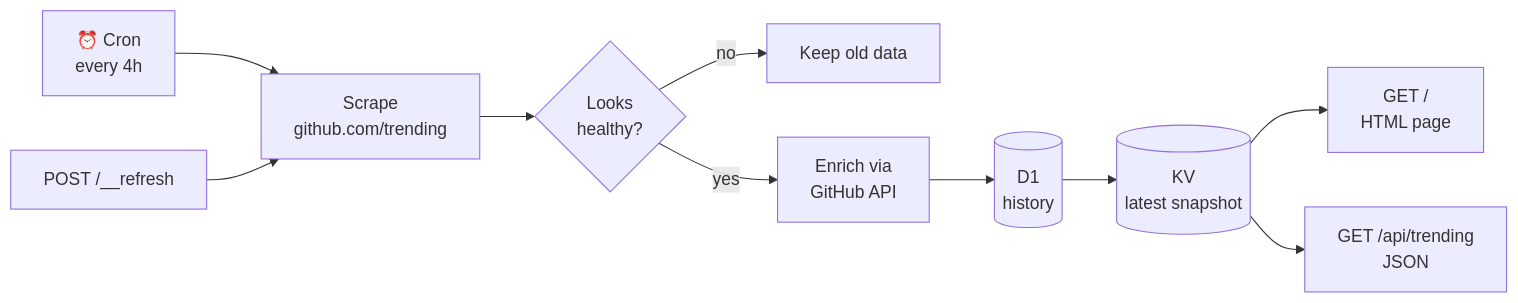
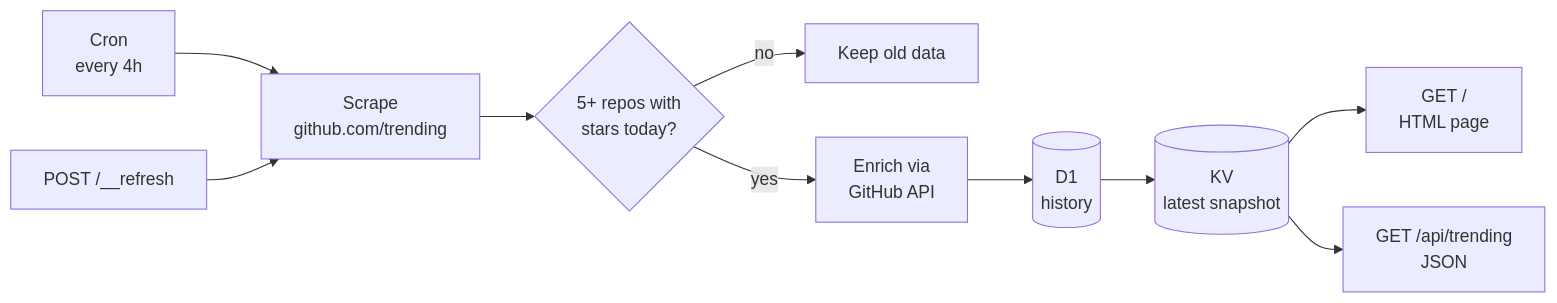
One commit to forjd/trending-repos changed the diagram in README.md. Above: the diagram before and after it, drawn with Mermaid. The commit also changed other lines of this file, not shown here.

````diff
--- a/README.md
+++ b/README.md
@@ -32,12 +27,12 @@
 ```mermaid
 flowchart LR
-    cron["⏰ Cron<br/>every 4h"] --> scrape
+    cron["Cron<br/>every 4h"] --> scrape
     manual["POST /__refresh"] --> scrape
-    scrape["Scrape<br/>github.com/trending"] --> check{"Looks<br/>healthy?"}
+    scrape["Scrape<br/>github.com/trending"] --> check{"5+ repos with<br/>stars today?"}
     check -- no --> keep["Keep old data"]
     check -- yes --> enrich["Enrich via<br/>GitHub API"]
     enrich --> d1[("D1<br/>history")]
     d1 --> kv[("KV<br/>latest snapshot")]
     kv --> page["GET /<br/>HTML page"]
     kv --> api["GET /api/trending<br/>JSON"]
 ```
````
